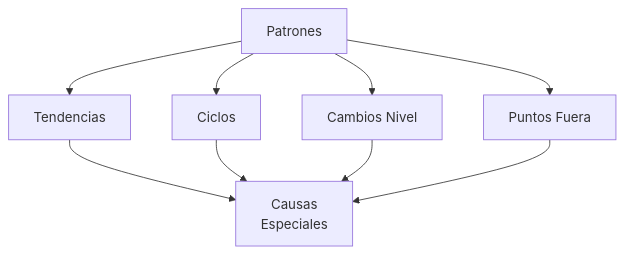
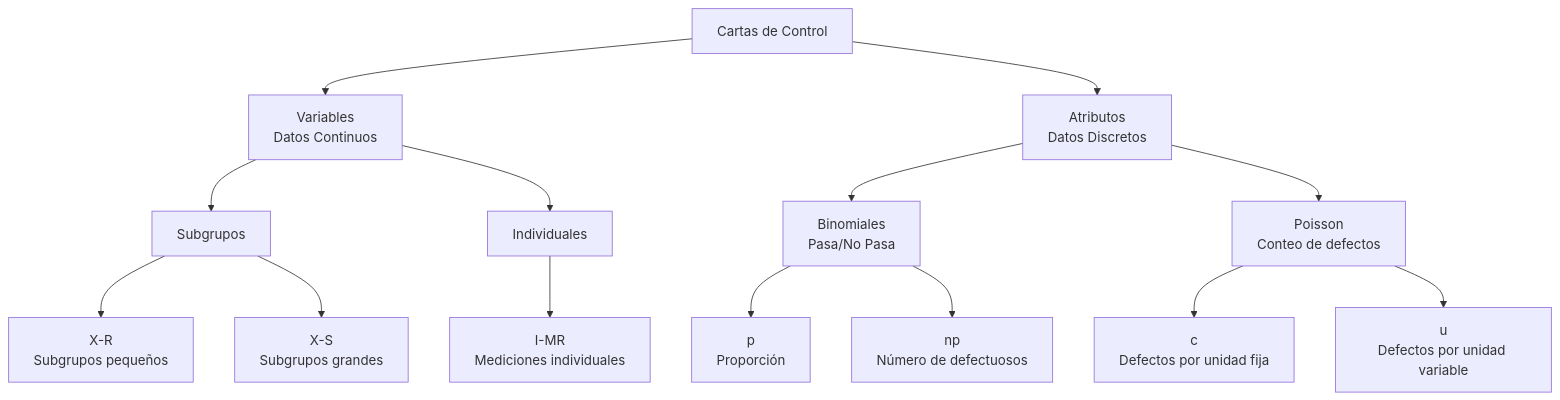
One commit to FCamaggi/gop-wiki changed the second of 3 diagrams in public/content/clases/10-resumen-variabilidad-2025.05.13.md. Above: the diagram before and after it, drawn with Mermaid. The commit also changed other lines of this file and 36 other files, not shown here.

````diff
--- a/public/content/clases/10-resumen-variabilidad-2025.05.13.md
+++ b/public/content/clases/10-resumen-variabilidad-2025.05.13.md
@@ -36,11 +82,21 @@
 ```mermaid
 graph TD
-    A[Patrones] --> B[Tendencias]
-    A --> C[Ciclos]
-    A --> D[Cambios Nivel]
-    A --> E[Puntos Fuera]
-    B --> F[Causas<br/>Especiales]
-    C --> F
-    D --> F
-    E --> F
+    A[Cartas de Control] --> B[Variables<br>Datos Continuos]
+    A --> C[Atributos<br>Datos Discretos]
+
+    B --> D[Subgrupos]
+    B --> E[Individuales]
+
+    D --> F[X-R<br>Subgrupos pequeños]
+    D --> G[X-S<br>Subgrupos grandes]
+    E --> H[I-MR<br>Mediciones individuales]
+
+    C --> I[Binomiales<br>Pasa/No Pasa]
+    C --> J[Poisson<br>Conteo de defectos]
+
+    I --> K[p<br>Proporción]
+    I --> L[np<br>Número de defectuosos]
+
+    J --> M[c<br>Defectos por unidad fija]
+    J --> N[u<br>Defectos por unidad variable]
 ```
````
